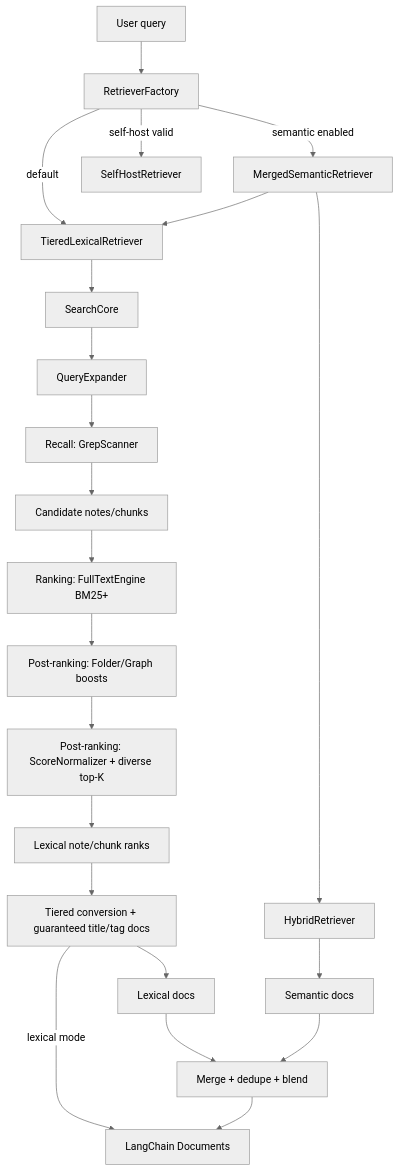
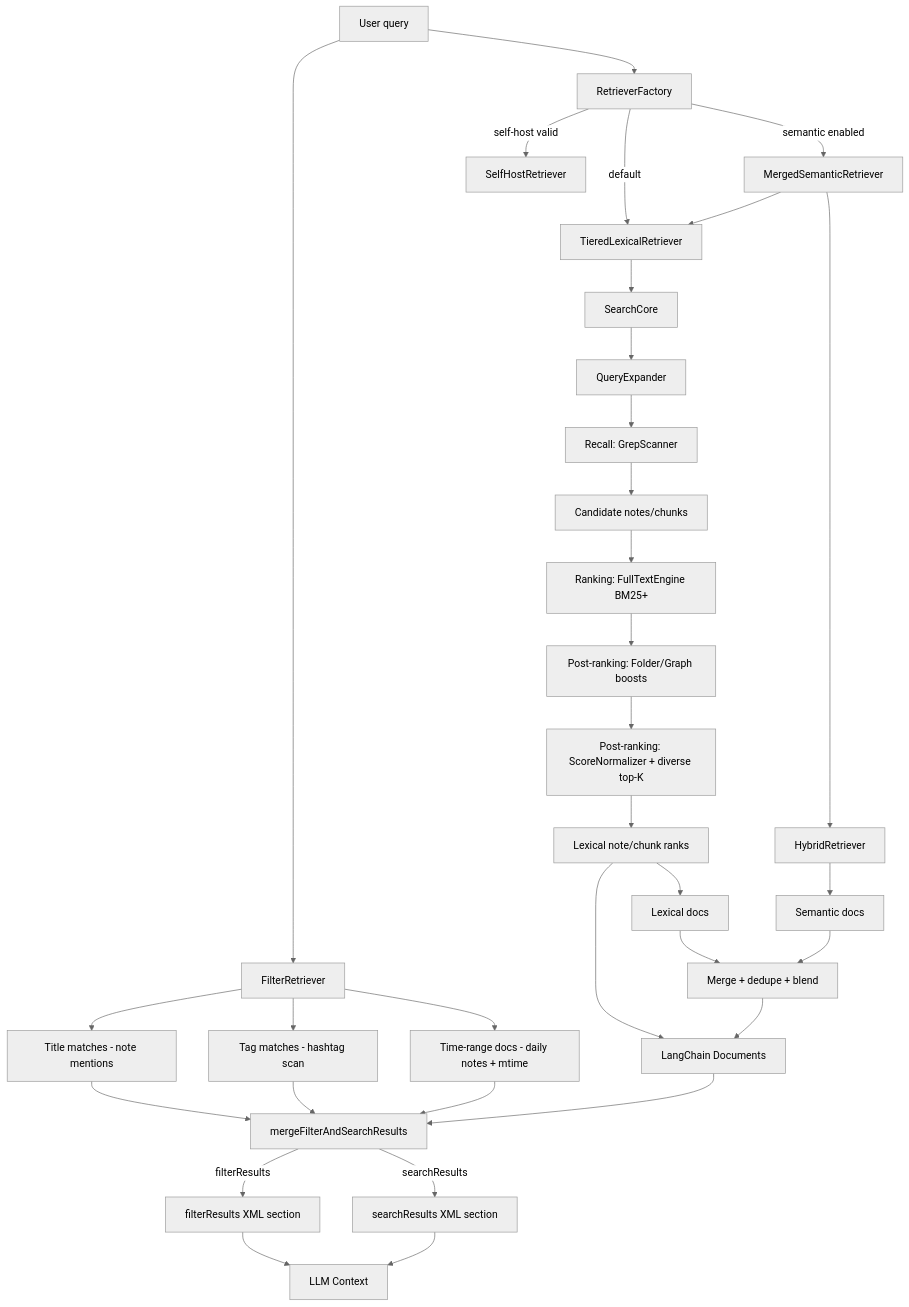
The diagram in src/search/v3/README.md (logancyang/obsidian-copilot), drawn with Mermaid (neutral theme) before and after one commit. The commit also changed other lines of this file and 14 other files, not shown here.

First line of the commit message:
Extract FilterRetriever from TieredLexicalRetriever for guaranteed filter matching

````diff
--- a/src/search/v3/README.md
+++ b/src/search/v3/README.md
@@ -8,26 +8,41 @@
 ```mermaid
 graph TD
     A[User query] --> B[RetrieverFactory]
+    A --> FR[FilterRetriever]
+
+    FR --> FR1[Title matches - note mentions]
+    FR --> FR2[Tag matches - hashtag scan]
+    FR --> FR3[Time-range docs - daily notes + mtime]
+
     B -->|default| C[TieredLexicalRetriever]
     B -->|semantic enabled| D[MergedSemanticRetriever]
     B -->|self-host valid| E[SelfHostRetriever]
 
     C --> F[SearchCore]
     F --> G[QueryExpander]
     G --> H[Recall: GrepScanner]
     H --> I[Candidate notes/chunks]
     I --> J[Ranking: FullTextEngine BM25+]
     J --> K[Post-ranking: Folder/Graph boosts]
     K --> Q[Post-ranking: ScoreNormalizer + diverse top-K]
     Q --> R[Lexical note/chunk ranks]
-    R --> S[Tiered conversion + guaranteed title/tag docs]
-    S -->|lexical mode| L[LangChain Documents]
+    R --> L[LangChain Documents]
 
     D --> C
     D --> M[HybridRetriever]
-    S --> N[Lexical docs]
+    R --> N[Lexical docs]
     M --> O[Semantic docs]
     N --> P[Merge + dedupe + blend]
     O --> P
     P --> L
+
+    FR1 --> MR[mergeFilterAndSearchResults]
+    FR2 --> MR
+    FR3 --> MR
+    L --> MR
+
+    MR --> |filterResults| XML1[filterResults XML section]
+    MR --> |searchResults| XML2[searchResults XML section]
+    XML1 --> LLM[LLM Context]
+    XML2 --> LLM
 ```
````
